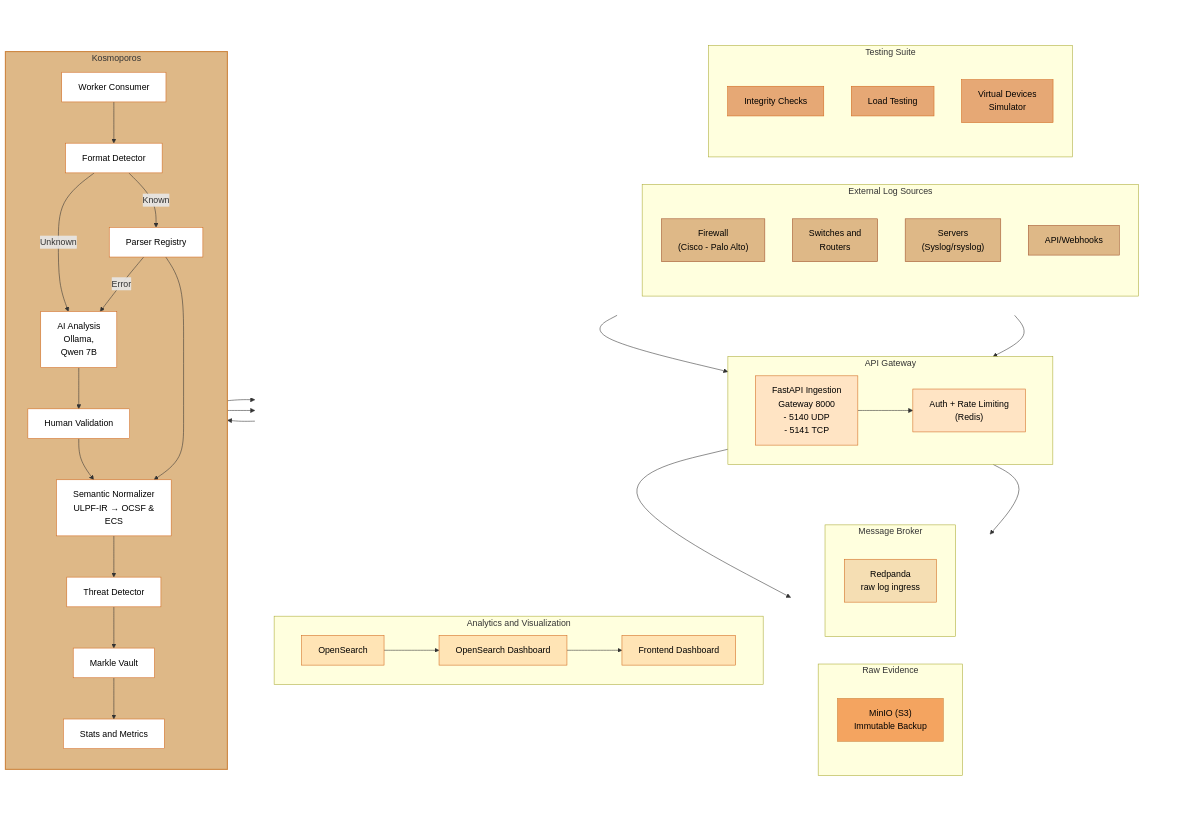
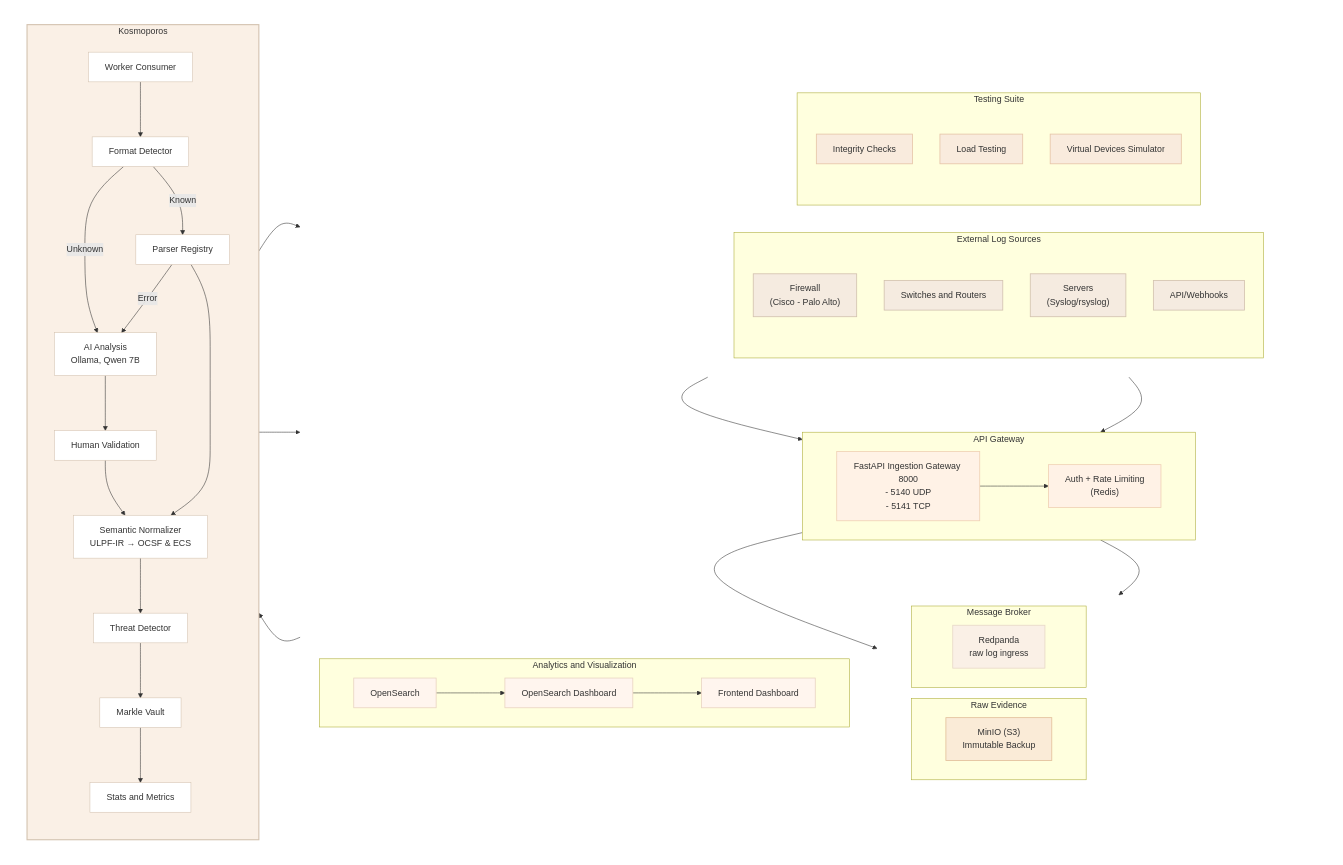
One commit to sujaljondhale/ulpf-new changed the diagram in README.md. Above: the diagram before and after it, drawn with Mermaid.

Commit message:
Revise flow chart layout and color palette
Updated flow chart colors and structure for clarity.

````diff
--- a/README.md
+++ b/README.md
@@ -77,104 +77,110 @@
 ```mermaid
-graph LR
-    %% Palette Configuration
-    classDef extColor fill:#DEB887,stroke:#A0522D,stroke-width:1px,color:#000;
-    classDef testColor fill:#E6A875,stroke:#D2691E,stroke-width:1px,color:#000;
-    classDef apiColor fill:#FFE4C4,stroke:#D2691E,stroke-width:1px,color:#000;
-    classDef rawColor fill:#F4A460,stroke:#CD853F,stroke-width:1px,color:#000;
-    classDef brokerColor fill:#F5DEB3,stroke:#D2691E,stroke-width:1px,color:#000;
-    classDef anaColor fill:#FFE4B5,stroke:#D2691E,stroke-width:1px,color:#000;
-    classDef kosmoColor fill:#FFF,stroke:#D2691E,stroke-width:1px,color:#000;
+graph TD
+    %% Muted Light Pastel Color Palette
+    classDef extColor fill:#F5EBE0,stroke:#D3C2B0,stroke-width:1.5px,color:#333;
+    classDef testColor fill:#F9EBDD,stroke:#E6C5A8,stroke-width:1.5px,color:#333;
+    classDef apiColor fill:#FFF2E6,stroke:#F0D2B5,stroke-width:1.5px,color:#333;
+    classDef rawColor fill:#FAEBD7,stroke:#E3C09A,stroke-width:1.5px,color:#333;
+    classDef brokerColor fill:#FAF0E6,stroke:#E8D8C8,stroke-width:1.5px,color:#333;
+    classDef anaColor fill:#FFF5EE,stroke:#EAD5C3,stroke-width:1.5px,color:#333;
+    classDef kosmoNode fill:#FFFFFF,stroke:#D3C2B0,stroke-width:1px,color:#333;
 
-    %% Left-Side Pipeline
-    subgraph LeftPipeline[" "]
-        direction TB
-        
-        %% Column 1: Top Inputs Row
-        subgraph TopInputs[" "]
-            direction LR
-            subgraph ExternalLogSources["External Log Sources"]
-                direction TB
-                FW["Firewall<br>(Cisco - Palo Alto)"]
-                SW["Switches and<br>Routers"]
-                SRV["Servers<br>(Syslog/rsyslog)"]
-                API["API/Webhooks"]
+    %% Layout Structure: Main split into Left Platform and Right Processing
+    subgraph MainLayout[" "]
+        direction LR
+
+        %% LEFT SIDE PLATFORM
+        subgraph LeftPlatform[" "]
+            direction TB
+
+            %% Top Row: External Sources & Testing side-by-side
+            subgraph TopRow[" "]
+                direction LR
+                subgraph ExternalLogSources["External Log Sources"]
+                    direction TB
+                    FW["Firewall<br>(Cisco - Palo Alto)"]
+                    SW["Switches and Routers"]
+                    SRV["Servers<br>(Syslog/rsyslog)"]
+                    API["API/Webhooks"]
+                end
+
+                subgraph TestingSuite["Testing Suite"]
+                    direction TB
+                    IC["Integrity Checks"]
+                    LT["Load Testing"]
+                    VDS["Virtual Devices Simulator"]
+                end
             end
-            
-            subgraph TestingSuite["Testing Suite"]
-                direction TB
-                IC["Integrity Checks"]
-                LT["Load Testing"]
-                VDS["Virtual Devices<br>Simulator"]
+            style TopRow fill:none,stroke:none;
+
+            %% Middle Row: API Gateway Ingestion
+            subgraph APIGateway["API Gateway"]
+                direction LR
+                FIG["FastAPI Ingestion Gateway 8000<br>- 5140 UDP<br>- 5141 TCP"] --> ARL["Auth + Rate Limiting<br>(Redis)"]
+            end
+
+            %% Data Destinations Row
+            subgraph DataLayer[" "]
+                direction LR
+                subgraph RawEvidence["Raw Evidence"]
+                    RE["MinIO (S3)<br>Immutable Backup"]
+                end
+                subgraph MessageBroker["Message Broker"]
+                    RP["Redpanda<br>raw log ingress"]
+                end
+            end
+            style DataLayer fill:none,stroke:none;
+
+            %% Bottom Row: Analytics
+            subgraph AnalyticsAndVisualization["Analytics and Visualization"]
+                direction LR
+                OS["OpenSearch"] --> OSD["OpenSearch Dashboard"]
+                FDASH["Frontend Dashboard"]
+                OSD --> FDASH
             end
         end
-        style TopInputs fill:none,stroke:none;
-        class FW,SW,SRV,API extColor;
-        class IC,LT,VDS testColor;
+        style LeftPlatform fill:none,stroke:none;
 
-        %% Column 2: Ingestion layer
-        subgraph APIGateway["API Gateway"]
-            direction LR
-            FIG["FastAPI Ingestion<br>Gateway 8000<br>- 5140 UDP<br>- 5141 TCP"] --> ARL["Auth + Rate Limiting<br>(Redis)"]
+        %% RIGHT SIDE PLATFORM (Processing Pipeline)
+        subgraph Kosmoporos["Kosmoporos"]
+            direction TB
+            WC["Worker Consumer"] --> FD["Format Detector"]
+            
+            %% Processing Split
+            FD -- Known --> PR["Parser Registry"]
+            FD -- Unknown --> AI["AI Analysis<br>Ollama, Qwen 7B"]
+            PR -- Error --> AI
+            
+            AI --> HV["Human Validation"]
+            HV --> SN["Semantic Normalizer<br>ULPF-IR → OCSF & ECS"]
+            PR --> SN
+            
+            SN --> TD["Threat Detector"]
+            TD --> MV["Markle Vault"]
+            MV --> SM["Stats and Metrics"]
         end
-        class FIG,ARL apiColor;
+        style Kosmoporos fill:#FAF0E6,stroke:#D3C2B0,stroke-width:2px;
 
-        %% Connect inputs to Gateway
-        ExternalLogSources --> FIG
-        TestingSuite --> FIG
+    end
+    style MainLayout fill:none,stroke:none;
 
-        %% Column 3: Storage & Ingress
-        subgraph MidOutputs[" "]
-            direction LR
-            subgraph RawEvidence["Raw Evidence"]
-                direction TB
-                RE["MinIO (S3)<br>Immutable Backup"]
-            end
-            subgraph MessageBroker["Message Broker"]
-                direction TB
-                RP["Redpanda<br>raw log ingress"]
-            end
-        end
-        style MidOutputs fill:none,stroke:none;
-        class RE rawColor;
-        class RP brokerColor;
-
-        FIG --> RE
-        ARL --> RP
-
-        %% Column 4: Bottom Layer
-        subgraph AnalyticsAndVisualization["Analytics and Visualization"]
-            direction LR
-            OS["OpenSearch"] --> OSD["OpenSearch Dashboard"]
-            FDASH["Frontend Dashboard"]
-        end
-        OSD --> FDASH
-        class OS,OSD,FDASH anaColor;
-    end
-    style LeftPipeline fill:none,stroke:none;
-
-    %% Right-Side Pipeline (Main Processing Column)
-    subgraph Kosmoporos["Kosmoporos"]
-        direction TB
-        WC["Worker Consumer"] --> FD["Format Detector"]
-        
-        %% AI Branch alignment handling
-        FD -- Unknown --> AI["AI Analysis<br>Ollama,<br>Qwen 7B"]
-        FD -- Known --> PR["Parser Registry"]
-        PR -- Error --> AI
-        
-        AI --> HV["Human Validation"]
-        HV --> SN["Semantic Normalizer<br>ULPF-IR → OCSF &<br>ECS"]
-        PR --> SN
-        
-        SN --> TD["Threat Detector"]
-        TD --> MV["Markle Vault"]
-        MV --> SM["Stats and Metrics"]
-    end
-    style Kosmoporos fill:#DEB887,stroke:#CD853F,stroke-width:2px;
-    class WC,FD,PR,AI,HV,SN,TD,MV,SM kosmoColor;
-
-    %% Cross-Pipeline Connections
+    %% Connecting Pipelines
+    ExternalLogSources --> FIG
+    TestingSuite --> FIG
+    FIG --> RE
+    ARL --> RP
+    
+    %% Inter-system Flows
     RP --> WC
     TD --> OS
     SM --> FDASH
+
+    %% Color Assignments
+    class FW,SW,SRV,API extColor;
+    class IC,LT,VDS testColor;
+    class FIG,ARL apiColor;
+    class RE rawColor;
+    class RP brokerColor;
+    class OS,OSD,FDASH anaColor;
+    class WC,FD,PR,AI,HV,SN,TD,MV,SM kosmoNode;
 ```
````
